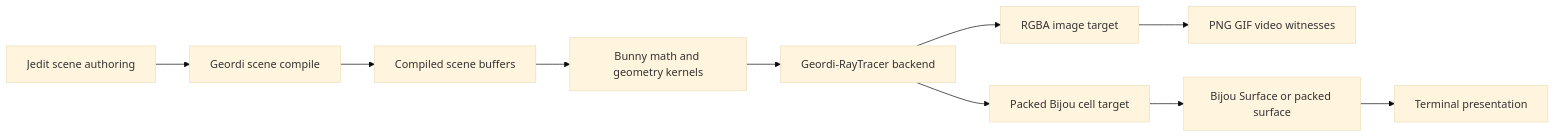
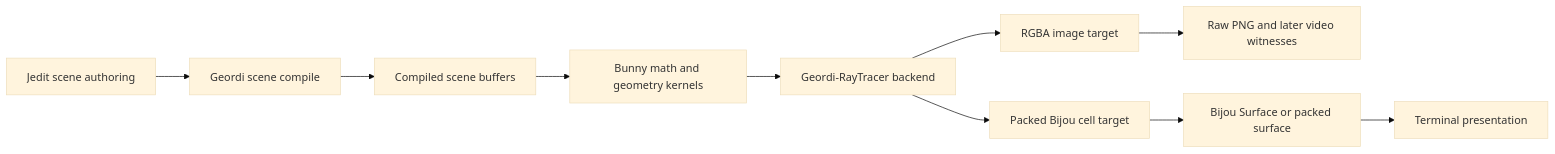
Before and after one commit to flyingrobots/jedit: the third of 3 diagrams in docs/design/0107-geordi-raytraced-title-render-pipeline.md, drawn with Mermaid (base theme). The commit also changed other lines of this file, not shown here.

````diff
--- a/docs/design/0107-geordi-raytraced-title-render-pipeline.md
+++ b/docs/design/0107-geordi-raytraced-title-render-pipeline.md
@@ -424,12 +508,12 @@
 ```mermaid
 flowchart LR
   JeditScene[Jedit scene authoring] --> GeordiCompile[Geordi scene compile]
   GeordiCompile --> CompiledScene[Compiled scene buffers]
   CompiledScene --> BunnyMath[Bunny math and geometry kernels]
   BunnyMath --> Renderer[Geordi-RayTracer backend]
   Renderer --> ImageTarget[RGBA image target]
   Renderer --> CellTarget[Packed Bijou cell target]
-  ImageTarget --> DebugExport[PNG GIF video witnesses]
+  ImageTarget --> DebugExport[Raw PNG and later video witnesses]
   CellTarget --> Bijou[Bijou Surface or packed surface]
   Bijou --> Terminal[Terminal presentation]
 ```
````
